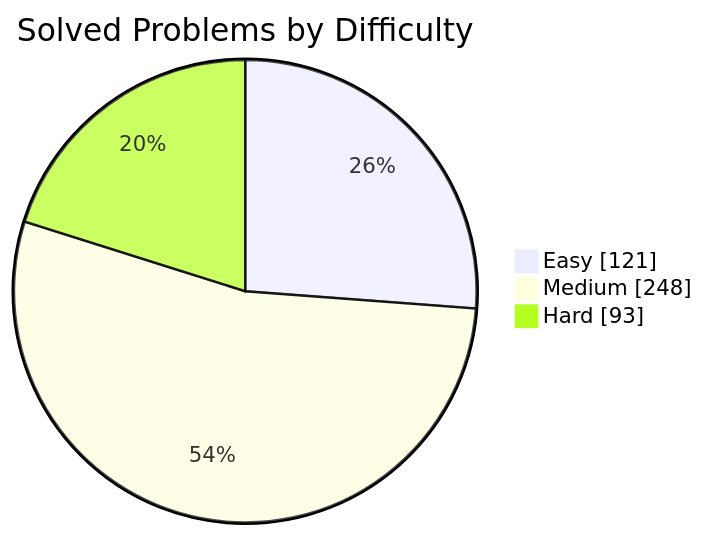
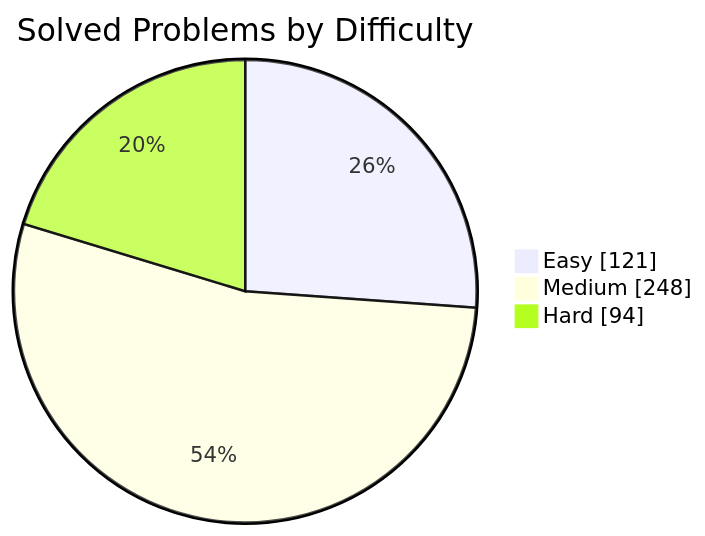
One commit to manikantbindass/DSA-Preparation-FAANG changed the first of 2 diagrams in README.md. Above: the diagram before and after it, drawn with Mermaid. The commit also changed other lines of this file and 1 other file, not shown here.

````diff
--- a/README.md
+++ b/README.md
@@ -77,7 +77,7 @@
 ```mermaid
 pie showData
     title Solved Problems by Difficulty
     "Easy" : 121
     "Medium" : 248
-    "Hard" : 93
+    "Hard" : 94
 ```
````
